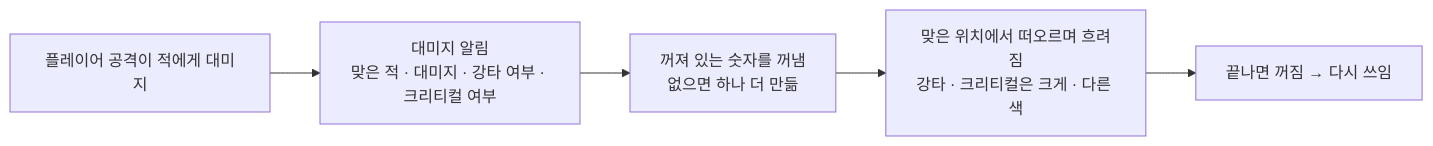
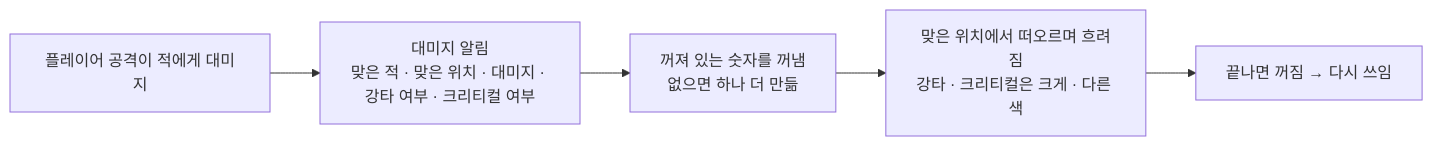
Before and after one commit to SquashPrince/Develrocket_mp15_HHH: the sixth of 8 diagrams in Docs/Technical/UI/BattleHud.md, drawn with Mermaid. The commit also changed other lines of this file and 226 other files, not shown here.

````diff
--- a/Docs/Technical/UI/BattleHud.md
+++ b/Docs/Technical/UI/BattleHud.md
@@ -144,7 +159,7 @@
 ```mermaid
 flowchart LR
-    H["플레이어 공격이 적에게 대미지"] --> N["대미지 알림<br>맞은 적 · 대미지 · 강타 여부 · 크리티컬 여부"]
+    H["플레이어 공격이 적에게 대미지"] --> N["대미지 알림<br>맞은 적 · 맞은 위치 · 대미지 · 강타 여부 · 크리티컬 여부"]
     N --> P["꺼져 있는 숫자를 꺼냄<br>없으면 하나 더 만듦"]
     P --> S["맞은 위치에서 떠오르며 흐려짐<br>강타 · 크리티컬은 크게 · 다른 색"]
     S --> E["끝나면 꺼짐 → 다시 쓰임"]
 ```
````
